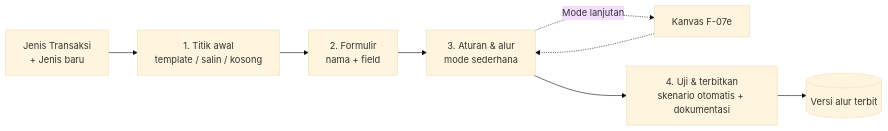
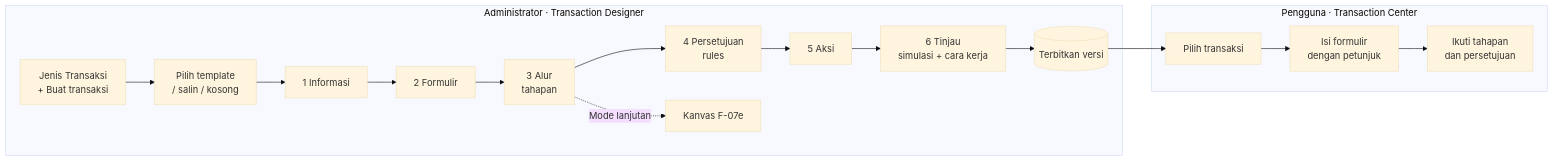
Before and after one commit to Zafiza1/Asset_Tracker: the diagram in docs/factory/features/F-08-transaction-builder-terpandu.md, drawn with Mermaid (base theme). The commit also changed other lines of this file and 3 other files, not shown here.

````diff
--- a/docs/factory/features/F-08-transaction-builder-terpandu.md
+++ b/docs/factory/features/F-08-transaction-builder-terpandu.md
@@ -28,10 +51,12 @@
 ```mermaid
 flowchart LR
-  A[Jenis Transaksi<br/>+ Jenis baru] --> T[1. Titik awal<br/>template / salin / kosong]
-  T --> F[2. Formulir<br/>nama + field]
-  F --> R[3. Aturan & alur<br/>mode sederhana]
-  R -. Mode lanjutan .-> C[Kanvas F-07e]
-  C -.-> R
-  R --> U[4. Uji & terbitkan<br/>skenario otomatis + dokumentasi]
-  U --> P[(Versi alur terbit)]
+  subgraph Admin["Administrator · Transaction Designer"]
+    A[Jenis Transaksi<br/>+ Buat transaksi] --> T[Pilih template<br/>/ salin / kosong]
+    T --> W1[1 Informasi] --> W2[2 Formulir] --> W3[3 Alur<br/>tahapan] --> W4[4 Persetujuan<br/>rules] --> W5[5 Aksi] --> W6[6 Tinjau<br/>simulasi + cara kerja]
+    W3 -. Mode lanjutan .-> C[Kanvas F-07e]
+    W6 --> P[(Terbitkan versi)]
+  end
+  subgraph User["Pengguna · Transaction Center"]
+    P --> X[Pilih transaksi] --> Y[Isi formulir<br/>dengan petunjuk] --> Z[Ikuti tahapan<br/>dan persetujuan]
+  end
 ```
````
